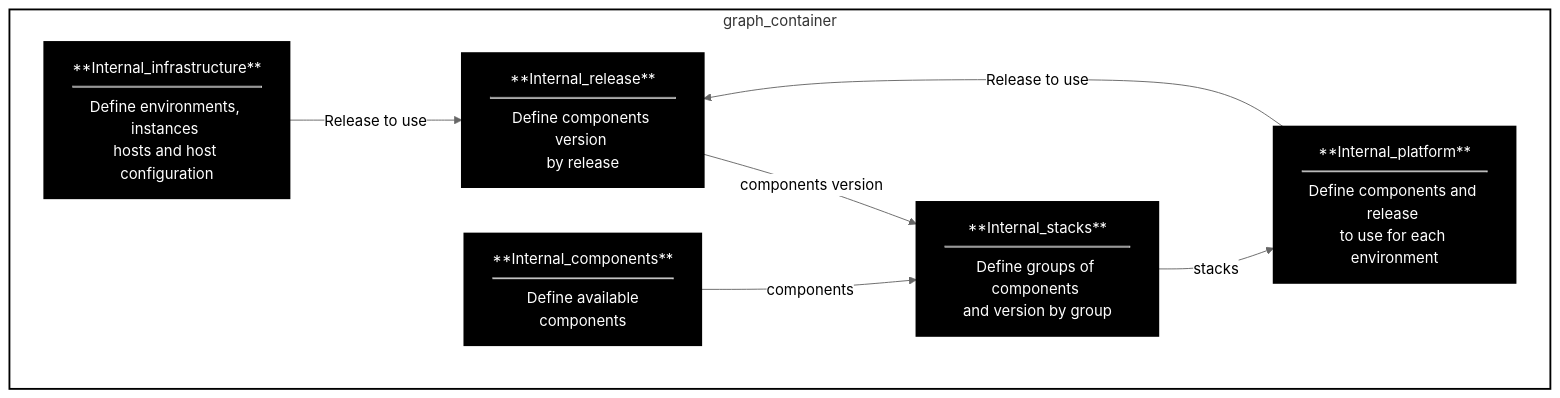
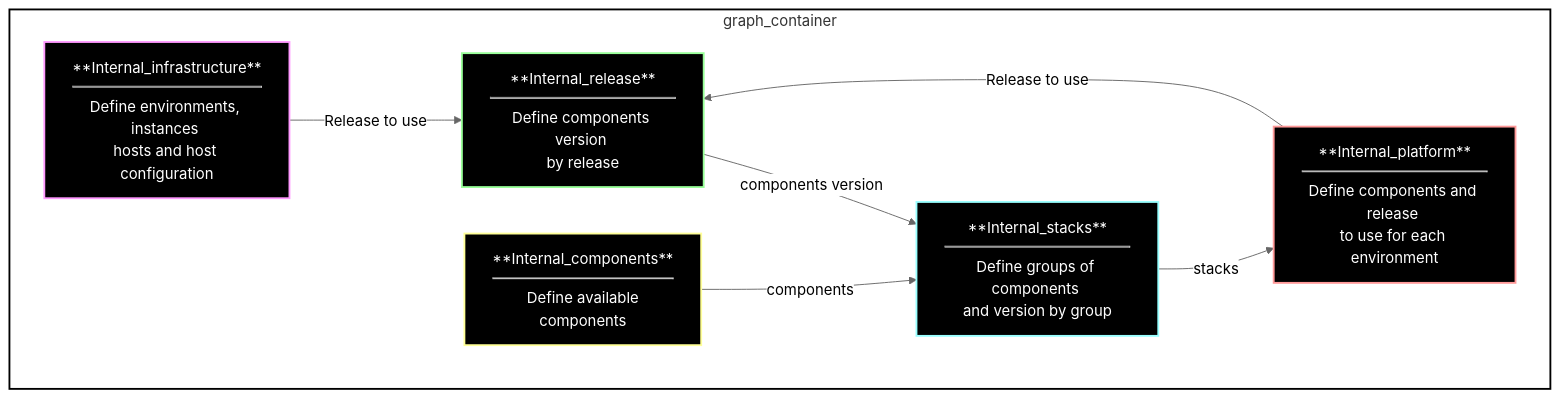
The first of 38 diagrams in Markdown1.md (SavaiRavikiran/Monitoring_With_Prometheus-Grafana), drawn with Mermaid (neutral theme) before and after one commit. The commit also changed other lines of this file, not shown here.

````diff
--- a/Markdown1.md
+++ b/Markdown1.md
@@ -3,20 +3,20 @@
 ```mermaid
 graph TD;
 
   subgraph graph_container
     style graph_container fill:transparent, stroke:#000, stroke-width:2px, stroke-dasharray: 0;
     
-    style A fill:#000, stroke:#000, stroke-width:2px, stroke-dasharray: 0, color:#fff;
-    style B fill:#000, stroke:#000, stroke-width:2px, stroke-dasharray: 0, color:#fff;
-    style C fill:#000, stroke:#000, stroke-width:2px, stroke-dasharray: 0, color:#fff;
-    style D fill:#000, stroke:#000, stroke-width:2px, stroke-dasharray: 0, color:#fff;
-    style E fill:#000, stroke:#000, stroke-width:2px, stroke-dasharray: 0, color:#fff;
+    style A fill:#000, stroke:#f9f, stroke-width:2px, stroke-dasharray: 0, color:#fff;
+    style B fill:#000, stroke:#9f9, stroke-width:2px, stroke-dasharray: 0, color:#fff;
+    style C fill:#000, stroke:#ff9, stroke-width:2px, stroke-dasharray: 0, color:#fff;
+    style D fill:#000, stroke:#9ff, stroke-width:2px, stroke-dasharray: 0, color:#fff;
+    style E fill:#000, stroke:#f99, stroke-width:2px, stroke-dasharray: 0, color:#fff;
   
     A["**Internal_infrastructure**<br/><hr style='margin-top: 8px; margin-bottom: 8px;'/>Define environments, instances <br/>hosts and host configuration"] -->|Release to use| B["**Internal_release**<br/><hr style='margin-top: 8px; margin-bottom: 8px;'/>Define components version <br/>by release"];
     B -->|components version| D["**Internal_stacks**<br/><hr style='margin-top: 8px; margin-bottom: 8px;'/>Define groups of components <br/>and version by group"];
     D -->|stacks| E["**Internal_platform**<br/><hr style='margin-top: 8px; margin-bottom: 8px;'/>Define components and release <br/>to use for each environment"];
     E -->|Release to use| B;
     C["**Internal_components**<br/><hr style='margin-top: 8px; margin-bottom: 8px;'/>Define available<br/> components"] -->|components| D;
     
   end;
 ```
````
